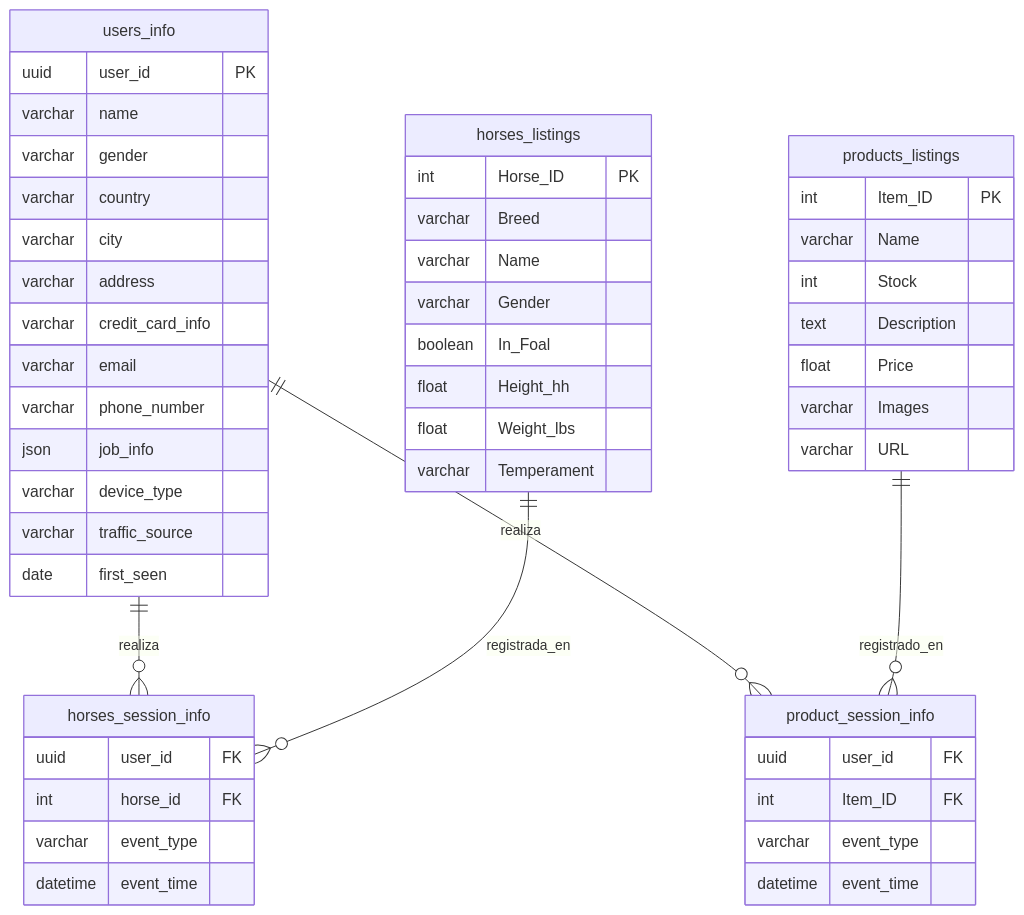
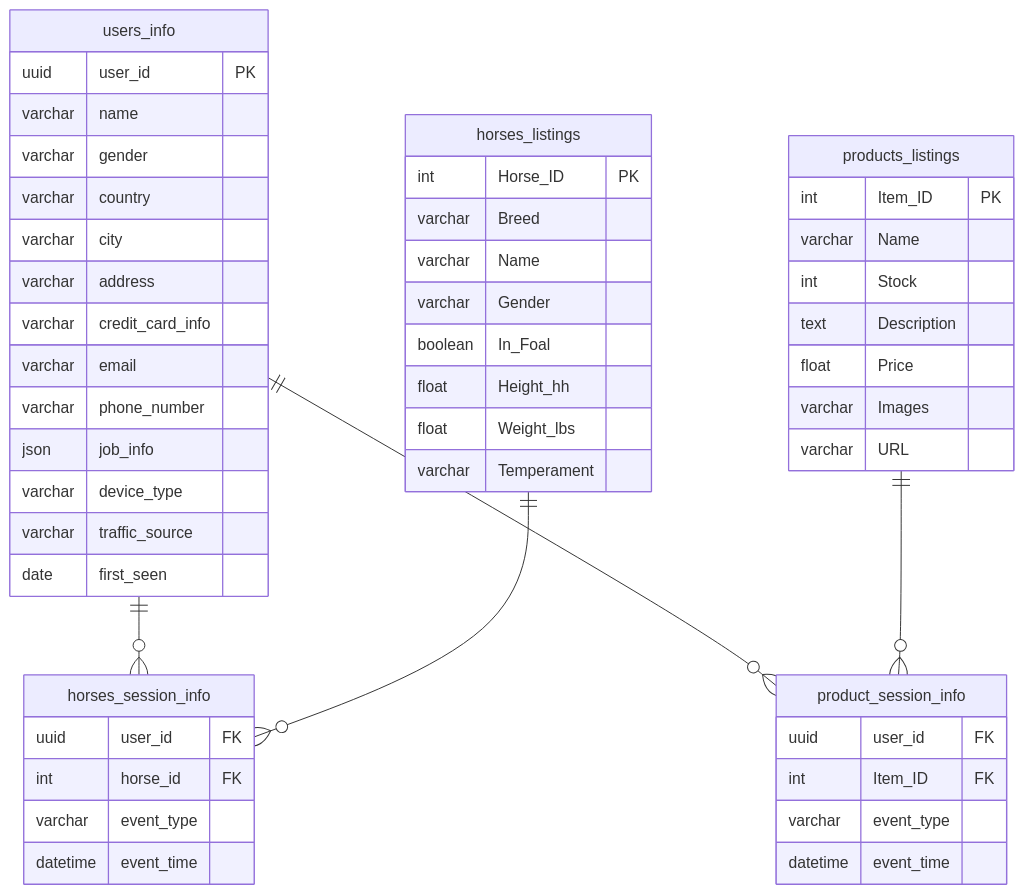
One commit to No-Country-simulation/S02-26-E45-Data_Science_EquineLead changed the diagram in README.md. Above: the diagram before and after it, drawn with Mermaid.

Commit message:
Actualizar README.md

````diff
--- a/README.md
+++ b/README.md
@@ -120,58 +120,58 @@
 ```mermaid
 erDiagram
-    users_info ||--o{ horses_session_info : "realiza"
-    users_info ||--o{ product_session_info : "realiza"
-    horses_listings ||--o{ horses_session_info : "registrada_en"
-    products_listings ||--o{ product_session_info : "registrado_en"
+    users_info ||--o{ horses_session_info : ""
+    users_info ||--o{ product_session_info : ""
+    horses_listings ||--o{ horses_session_info : ""
+    products_listings ||--o{ product_session_info : ""
 
     users_info {
         uuid user_id PK
         varchar name
         varchar gender
         varchar country
         varchar city
         varchar address
         varchar credit_card_info
         varchar email
         varchar phone_number
         json job_info
         varchar device_type
         varchar traffic_source
         date first_seen
     }
 
     horses_session_info {
         uuid user_id FK
         int horse_id FK
         varchar event_type
         datetime event_time
     }
 
     product_session_info {
         uuid user_id FK
         int Item_ID FK
         varchar event_type
         datetime event_time
     }
 
     horses_listings {
         int Horse_ID PK
         varchar Breed
         varchar Name
         varchar Gender
         boolean In_Foal
         float Height_hh
         float Weight_lbs
         varchar Temperament
     }
 
     products_listings {
         int Item_ID PK
         varchar Name
         int Stock
         text Description
         float Price
         varchar Images
         varchar URL
     }
 ```
````
